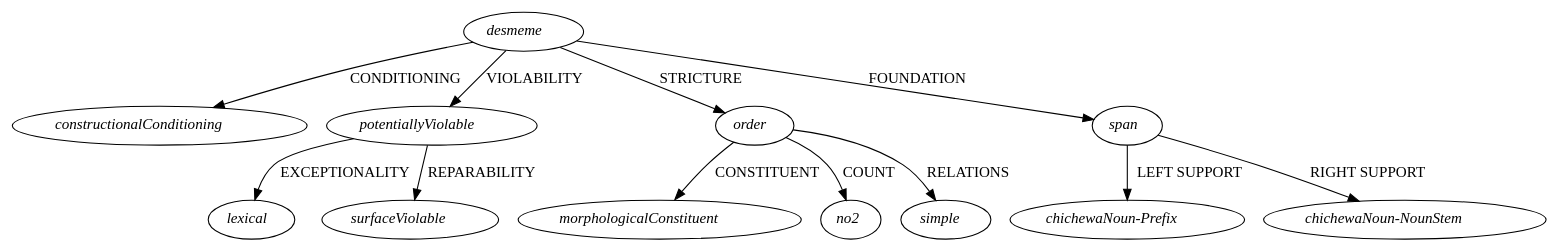
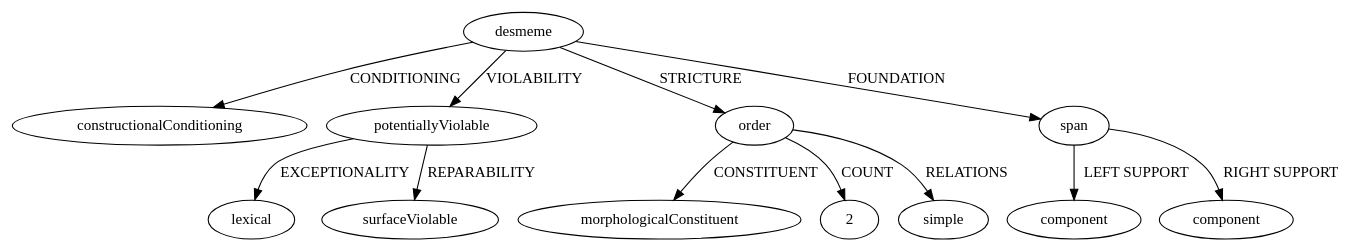
Before and after one commit to jcgood/desmeme: the diagram in Graphs/ChichewaNoun-MOR.dot, drawn with Graphviz. The commit also changed 71 other files, not shown here.

```diff
--- a/Graphs/ChichewaNoun-MOR.dot
+++ b/Graphs/ChichewaNoun-MOR.dot
@@ -1,85 +1,85 @@
 digraph graphname {
-	graph [bb="0,0,1157.4,213"];
+	graph [bb="0,0,1012.3,213"];
 	node [label="\N"];
 	desmeme	[height=0.5,
-		label=<<i>desmeme</i>>,
-		pos="435.77,195",
-		width=1.2416];
+		label=desmeme,
+		pos="435.74,195",
+		width=1.2985];
 	constructionalConditioning	[height=0.5,
-		label=<<i>constructionalConditioning</i>>,
-		pos="112.77,106.5",
-		width=3.1325];
+		label=constructionalConditioning,
+		pos="111.74,106.5",
+		width=3.104];
 	desmeme -> constructionalConditioning	[label=CONDITIONING,
-		lp="317.27,150.75",
-		pos="e,156.45,123.52 395.41,186.95 361.18,180.64 310.92,170.62 267.77,159 233.87,149.87 196.51,137.53 166.97,127.21"];
+		lp="316.24,150.75",
+		pos="e,155.43,123.53 393.75,186.71 359.36,180.41 309.57,170.51 266.74,159 232.84,149.89 195.48,137.55 165.94,127.23"];
 	potentiallyViolable	[height=0.5,
-		label=<<i>potentiallyViolable</i>>,
-		pos="324.77,106.5",
-		width=2.251];
+		label=potentiallyViolable,
+		pos="323.74,106.5",
+		width=2.2794];
 	desmeme -> potentiallyViolable	[label=VIOLABILITY,
-		lp="433.34,150.75",
-		pos="e,346.34,124.31 415.92,178.54 399.1,165.42 374.69,146.4 355.36,131.34"];
+		lp="432.9,150.75",
+		pos="e,345.4,124.23 415.46,178.34 398.45,165.2 373.9,146.23 354.47,131.23"];
 	order	[height=0.5,
-		label=<<i>order</i>>,
-		pos="558.77,106.5",
-		width=0.87197];
+		label=order,
+		pos="558.74,106.5",
+		width=0.84354];
 	desmeme -> order	[label=STRICTURE,
-		lp="545.04,150.75",
-		pos="e,539.61,120.97 457.19,178.93 477.46,164.68 508.01,143.2 530.31,127.51"];
+		lp="545.01,150.75",
+		pos="e,539.68,120.91 457.45,178.73 477.76,164.45 508.21,143.04 530.42,127.42"];
 	span	[height=0.5,
-		label=<<i>span</i>>,
-		pos="834.77,106.5",
-		width=0.78667];
+		label=span,
+		pos="797.74,106.5",
+		width=0.77245];
 	desmeme -> span	[label=FOUNDATION,
-		lp="714.51,150.75",
-		pos="e,808.12,113.28 474.39,185.63 551.03,169.01 721.47,132.06 797.23,115.64"];
+		lp="693.39,150.75",
+		pos="e,771.98,113.84 475.25,184.89 505.51,177.88 548.28,167.92 585.74,159 647.21,144.36 718.59,126.93 760.86,116.57"];
 	lexical	[height=0.5,
-		label=<<i>lexical</i>>,
-		pos="133.77,18",
+		label=lexical,
+		pos="131.74,18",
 		width=0.9857];
 	potentiallyViolable -> lexical	[label=EXCEPTIONALITY,
-		lp="227.02,62.25",
-		pos="e,141.27,35.896 264.57,94.132 224.36,86.168 177.41,76.001 169.27,70.5 160.12,64.315 152.63,54.914 146.94,45.83"];
+		lp="225.99,62.25",
+		pos="e,139.57,35.899 263.14,94.016 223.04,86.049 176.39,75.928 168.24,70.5 158.87,64.252 151.14,54.716 145.24,45.541"];
 	surfaceViolable	[height=0.5,
-		label=<<i>surfaceViolable</i>>,
-		pos="263.77,18",
-		width=1.9098];
+		label=surfaceViolable,
+		pos="262.74,18",
+		width=1.924];
 	potentiallyViolable -> surfaceViolable	[label=REPARABILITY,
-		lp="348.48,62.25",
-		pos="e,275.79,36.054 312.72,88.41 304.03,76.089 292.14,59.231 282.25,45.214"];
+		lp="347.46,62.25",
+		pos="e,274.77,36.054 311.69,88.41 303,76.089 291.12,59.231 281.23,45.214"];
 	morphologicalConstituent	[height=0.5,
-		label=<<i>morphologicalConstituent</i>>,
-		pos="457.77,18",
+		label=morphologicalConstituent,
+		pos="457.74,18",
 		width=2.9903];
 	order -> morphologicalConstituent	[label=CONSTITUENT,
-		lp="529.27,62.25",
-		pos="e,462.73,36.103 530.73,97.76 515.05,92.263 496.05,83.513 482.77,70.5 476.06,63.922 470.89,55.177 467.05,46.763"];
-	no2	[height=0.5,
-		label=<<i>no2</i>>,
-		pos="610.77,18",
+		lp="529.24,62.25",
+		pos="e,462.71,36.103 531.44,98.015 515.62,92.536 496.23,83.717 482.74,70.5 476.03,63.922 470.87,55.177 467.02,46.763"];
+	"ChichewaNoun-MOR-order-COUNT-1_2"	[height=0.5,
+		label=2,
+		pos="610.74,18",
 		width=0.75];
-	order -> no2	[label=COUNT,
-		lp="612.68,62.25",
-		pos="e,601.03,35.197 568.55,89.23 576.03,76.786 586.49,59.38 595.13,45.01"];
+	order -> "ChichewaNoun-MOR-order-COUNT-1_2"	[label=COUNT,
+		lp="612.65,62.25",
+		pos="e,601.01,35.197 568.53,89.23 576.01,76.786 586.47,59.38 595.11,45.01"];
 	simple	[height=0.5,
-		label=<<i>simple</i>>,
-		pos="690.77,18",
-		width=0.97149];
+		label=simple,
+		pos="691.74,18",
+		width=0.99992];
 	order -> simple	[label=RELATIONS,
-		lp="696.43,62.25",
-		pos="e,677.81,35.021 585.62,96.846 602.05,90.851 623.07,81.902 639.77,70.5 650.79,62.972 661.44,52.839 670.13,43.552"];
-	"ChichewaNoun-Prefix"	[height=0.5,
-		label=<<i>chichewaNoun-Prefix</i>>,
-		pos="834.77,18",
-		width=2.5353];
-	span -> "ChichewaNoun-Prefix"	[label="LEFT SUPPORT",
-		lp="882.02,62.25",
-		pos="e,834.77,36.35 834.77,88.41 834.77,76.758 834.77,61.047 834.77,47.519"];
-	"ChichewaNoun-NounStem"	[height=0.5,
-		label=<<i>chichewaNoun-NounStem</i>>,
-		pos="1050.8,18",
-		width=2.9619];
-	span -> "ChichewaNoun-NounStem"	[label="RIGHT SUPPORT",
-		lp="1024.5,62.25",
-		pos="e,1015.5,35.36 859.37,97.375 879.52,90.583 908.69,80.438 933.77,70.5 957.51,61.094 983.54,49.74 1005,40.088"];
+		lp="696.72,62.25",
+		pos="e,678.47,35.005 584.81,97.06 601.34,91.043 622.74,81.993 639.74,70.5 651.03,62.875 661.98,52.607 670.9,43.245"];
+	"component_ChichewaNoun-Prefix"	[height=0.5,
+		label=component,
+		pos="797.74,18",
+		width=1.4549];
+	span -> "component_ChichewaNoun-Prefix"	[label="LEFT SUPPORT",
+		lp="844.99,62.25",
+		pos="e,797.74,36.35 797.74,88.41 797.74,76.758 797.74,61.047 797.74,47.519"];
+	"component_ChichewaNoun-NounStem"	[height=0.5,
+		label=component,
+		pos="920.74,18",
+		width=1.4549];
+	span -> "component_ChichewaNoun-NounStem"	[label="RIGHT SUPPORT",
+		lp="960.5,62.25",
+		pos="e,916.41,36.394 825.07,101.75 846.8,97.502 876.77,88.638 896.74,70.5 903.65,64.229 908.73,55.564 912.39,47.129"];
 }
```
